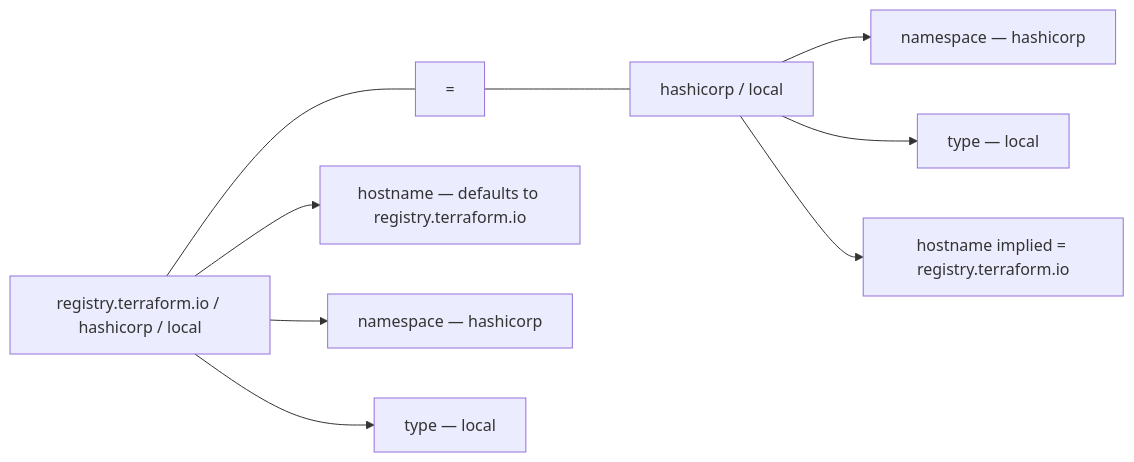
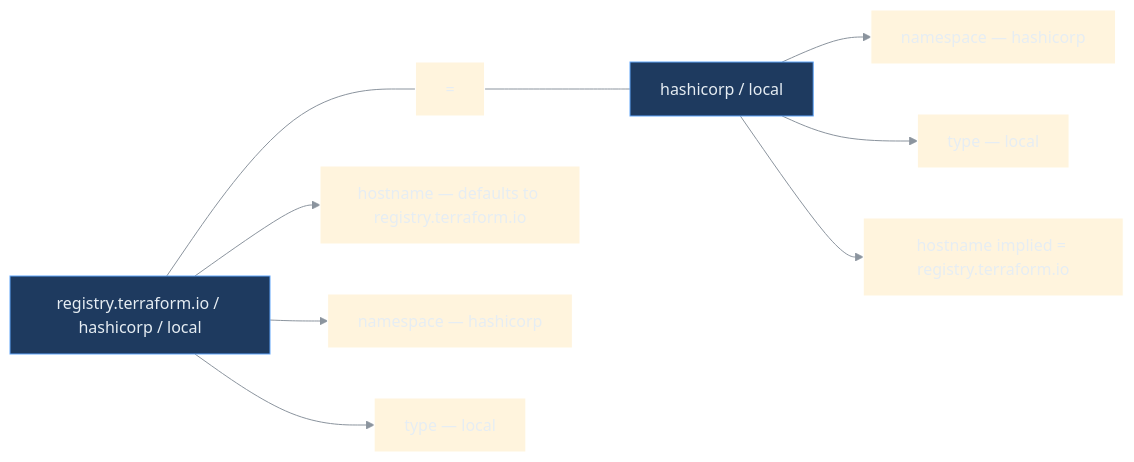
Before and after one commit to nirajp82/Terraform_Basics: the fifth of 9 diagrams in 04_Core_Terraform_Basics/01_Terraform_Provider.md, drawn with Mermaid. The commit also changed other lines of this file and 1 other file, not shown here.

Commit message:
Update Diagram

````diff
--- a/04_Core_Terraform_Basics/01_Terraform_Provider.md
+++ b/04_Core_Terraform_Basics/01_Terraform_Provider.md
@@ -135,16 +146,20 @@
 ```mermaid
+%%{init: {'theme': 'base', 'themeVariables': {'darkMode': true, 'background': 'transparent', 'primaryTextColor': '#e6edf3', 'lineColor': '#8b949e'}}}%%
 flowchart LR
     FULL["registry.terraform.io / hashicorp / local"]
     SHORT["hashicorp / local"]
 
     FULL --- EQ["="]
     EQ --- SHORT
 
     FULL --> H1["hostname — defaults to registry.terraform.io"]
     FULL --> N1["namespace — hashicorp"]
     FULL --> T1["type — local"]
 
     SHORT --> N2["namespace — hashicorp"]
     SHORT --> T2["type — local"]
     SHORT --> DEF["hostname implied = registry.terraform.io"]
+
+    classDef info fill:#1e3a5f,stroke:#60a5fa,color:#e6edf3
+    class FULL,SHORT info
 ```
````
